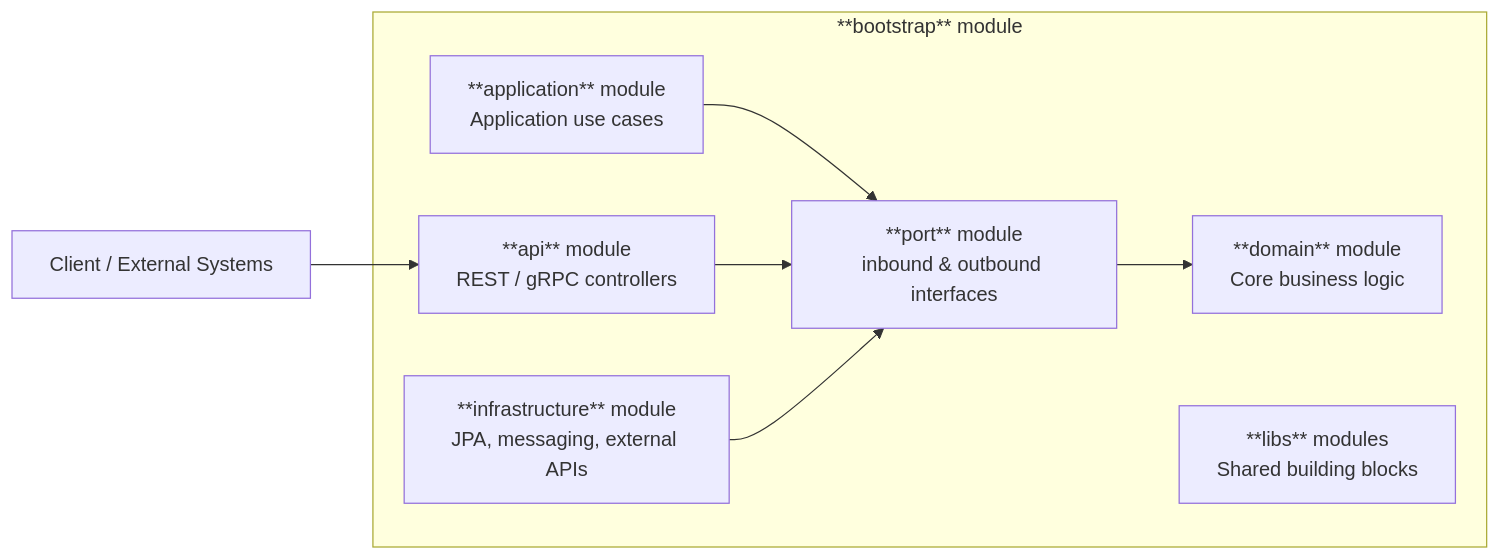
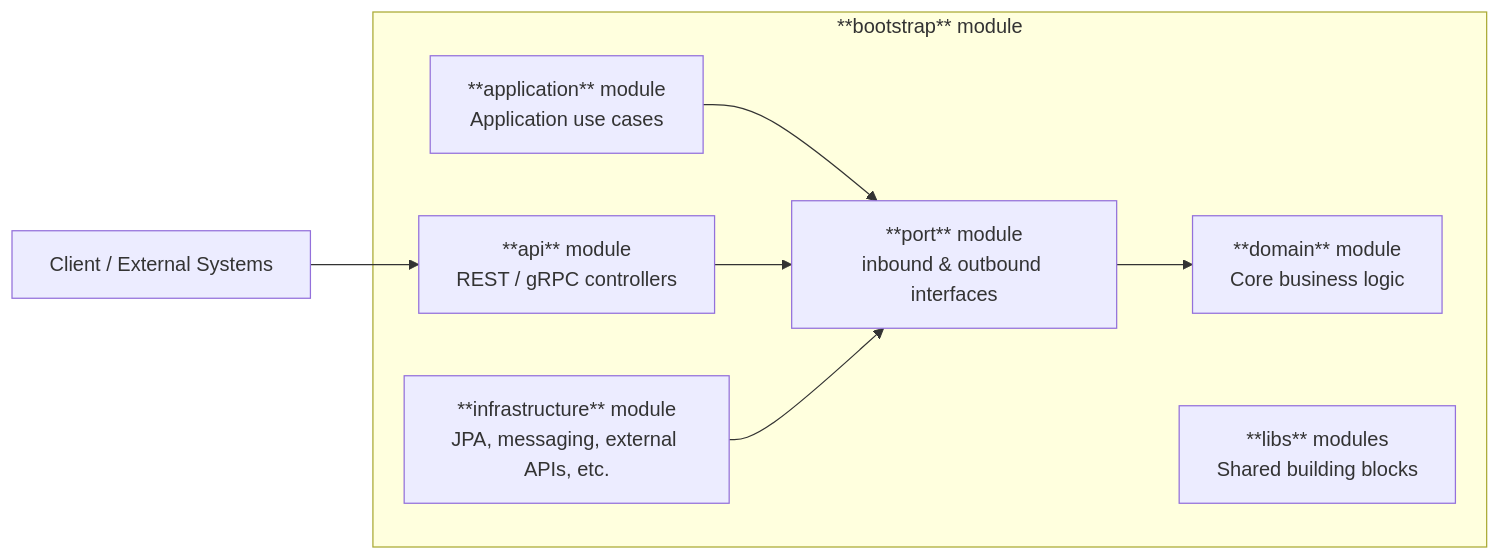
Before and after one commit to atlashk/atlas: the first of 3 diagrams in README.md, drawn with Mermaid. The commit also changed other lines of this file, not shown here.

````diff
--- a/README.md
+++ b/README.md
@@ -56,22 +56,22 @@
 ```mermaid
 flowchart LR
     Client["Client / External Systems"]
 
     subgraph Bootstrap["**bootstrap** module"]
 
         API["**api** module<br/>REST / gRPC controllers"]
         APP["**application** module<br/>Application use cases"]
         DOMAIN["**domain** module<br/>Core business logic"]
         PORTS["**port** module<br/>inbound & outbound interfaces"]
-        INFRA["**infrastructure** module<br/>JPA, messaging, external APIs"]
+        INFRA["**infrastructure** module<br/>JPA, messaging, external APIs, etc."]
         LIBS["**libs** modules<br/>Shared building blocks"]
 
         PORTS --> DOMAIN
         APP --> PORTS
         API --> PORTS
         INFRA --> PORTS
 
     end
 
     Client --> API
 ```
````
